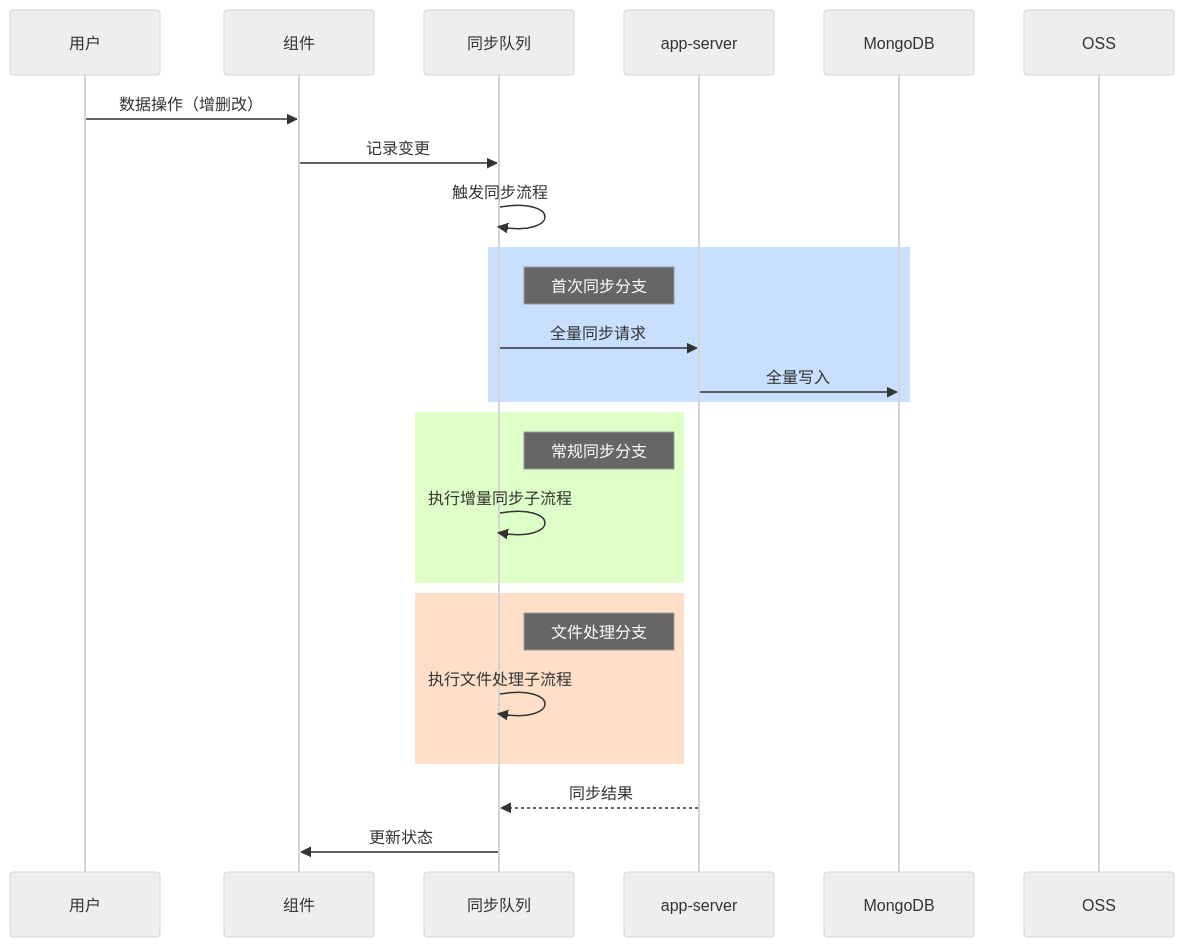
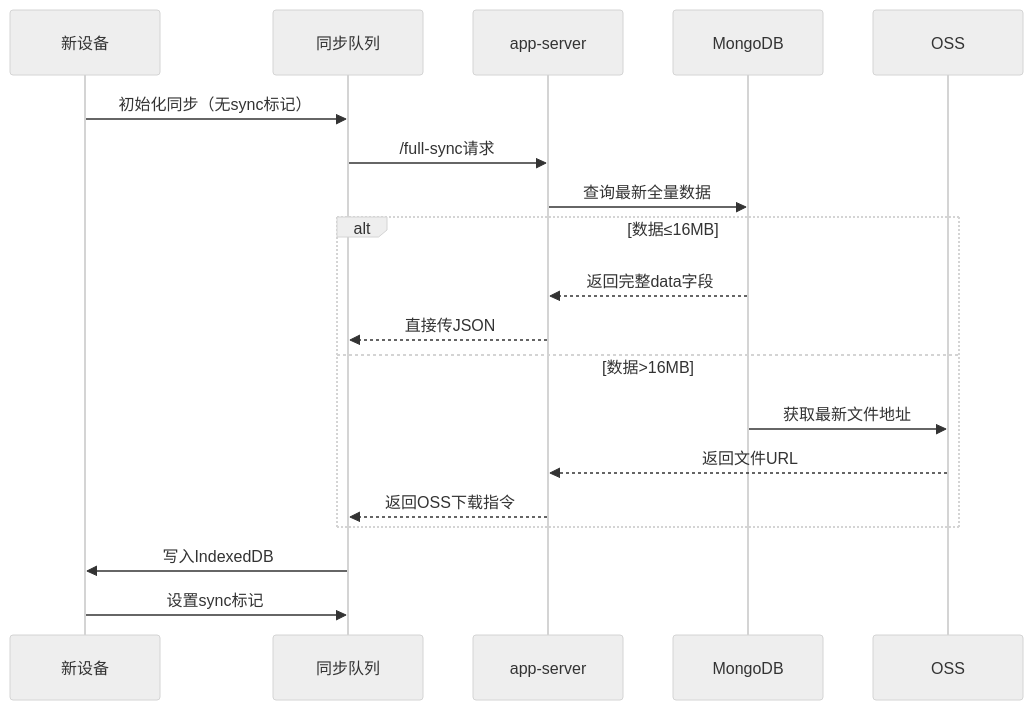
The diagram in all/未命名-24.md (yingjianzh/iodraw-files), drawn with Mermaid (neutral theme) before and after one commit.

Commit message:
2025-02-24 16:17:08 update

````diff
--- a/all/未命名-24.md
+++ b/all/未命名-24.md
@@ -1,35 +1,22 @@
 ```mermaid
-
 sequenceDiagram
-    participant 用户
-    participant 组件
+    participant 新设备
     participant 同步队列
     participant app-server
     participant MongoDB
     participant OSS
 
-
-    用户->>组件: 数据操作（增删改）
-    组件->>同步队列: 记录变更
-    同步队列->>同步队列: 触发同步流程
-    
-    rect rgb(200,223,255)
-    Note right of 同步队列: 首次同步分支
-    同步队列->>app-server: 全量同步请求
-    app-server->>MongoDB: 全量写入
+    新设备->>同步队列: 初始化同步（无sync标记）
+    同步队列->>app-server: /full-sync请求
+    app-server->>MongoDB: 查询最新全量数据
+    alt 数据≤16MB
+        MongoDB-->>app-server: 返回完整data字段
+        app-server-->>同步队列: 直接传JSON
+    else 数据>16MB
+        MongoDB->>OSS: 获取最新文件地址
+        OSS-->>app-server: 返回文件URL
+        app-server-->>同步队列: 返回OSS下载指令
     end
-
-    rect rgb(223,255,200)
-    Note right of 同步队列: 常规同步分支
-    同步队列->>同步队列: 执行增量同步子流程
-    end
-
-    rect rgb(255,223,200)
-    Note right of 同步队列: 文件处理分支
-    同步队列->>同步队列: 执行文件处理子流程
-    end
-
-    app-server-->>同步队列: 同步结果
-    同步队列->>组件: 更新状态
-
+    同步队列->>新设备: 写入IndexedDB
+    新设备->>同步队列: 设置sync标记
 ```
````
